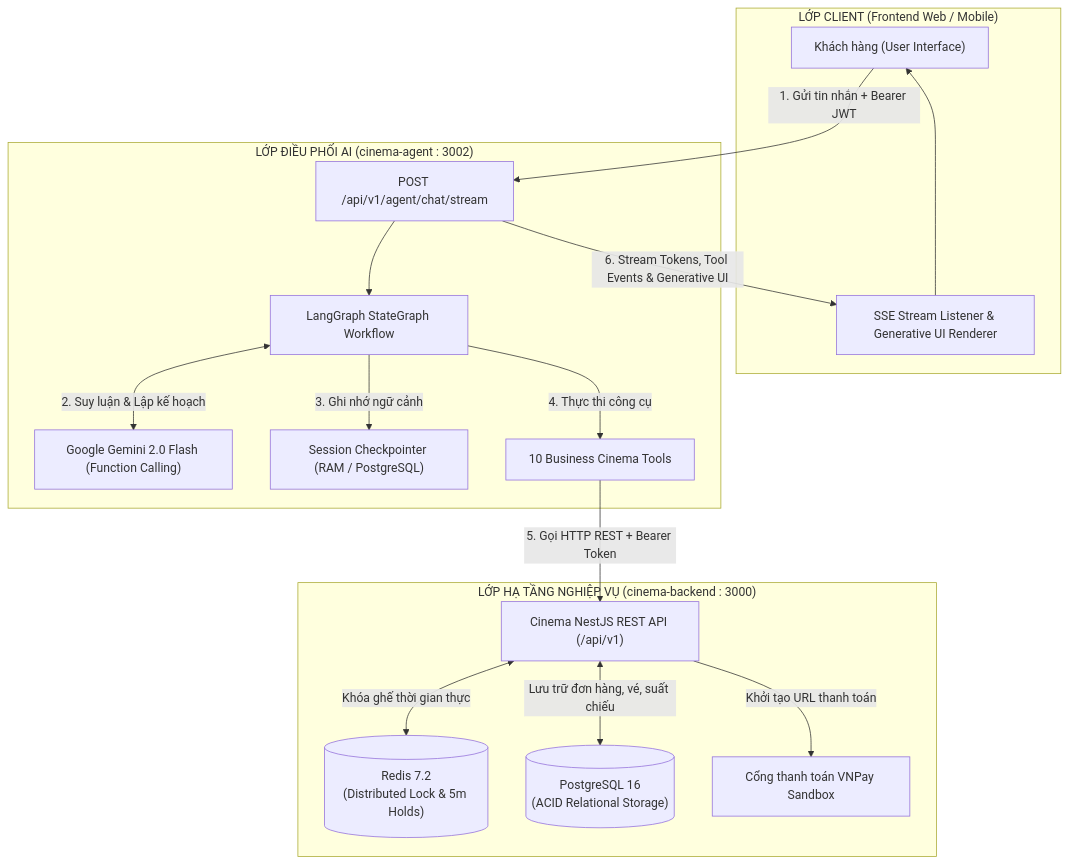
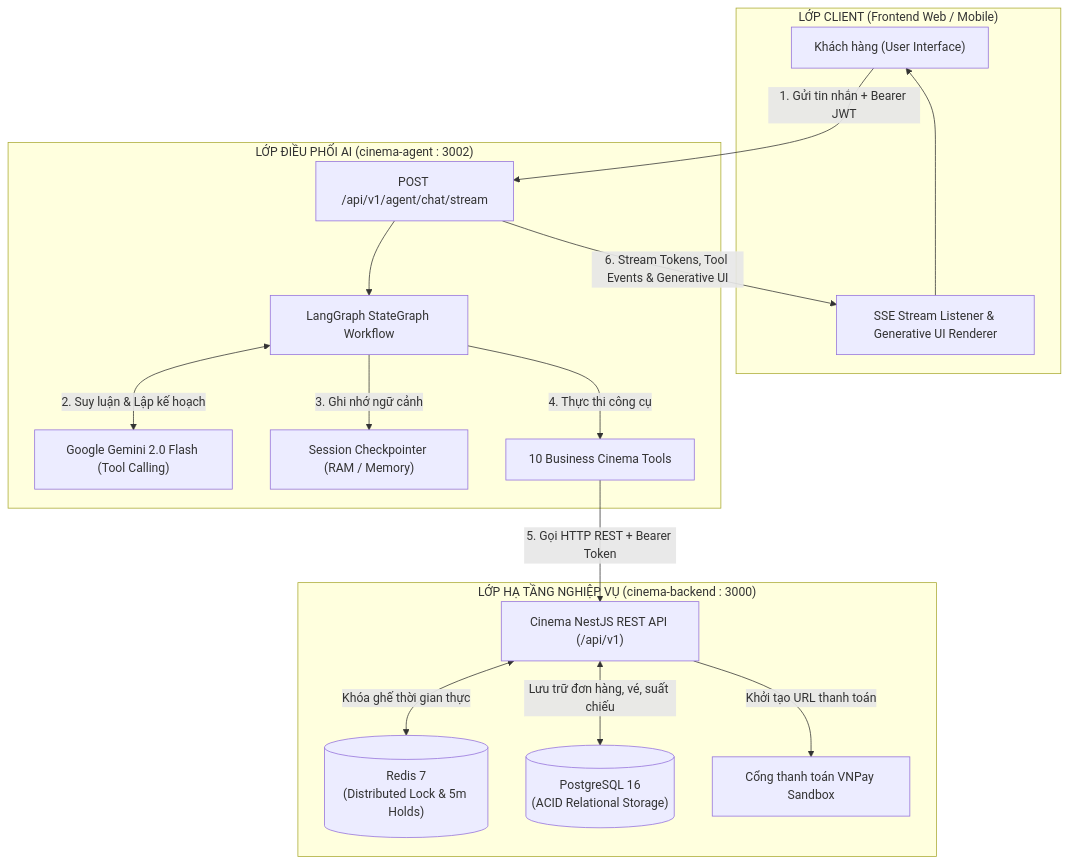
One commit to GiaBaoIT27/cinema-booking-agent changed the diagram in apps/cinema-agent/README.md. Above: the diagram before and after it, drawn with Mermaid. The commit also changed other lines of this file and 13 other files, not shown here.

````diff
--- a/apps/cinema-agent/README.md
+++ b/apps/cinema-agent/README.md
@@ -28,34 +33,34 @@
 ```mermaid
 flowchart TD
     subgraph ClientLayer["LỚP CLIENT (Frontend Web / Mobile)"]
         UI["Khách hàng (User Interface)"]
         SSE_Recv["SSE Stream Listener & Generative UI Renderer"]
     end
 
     subgraph AgentLayer["LỚP ĐIỀU PHỐI AI (cinema-agent : 3002)"]
         EP["POST /api/v1/agent/chat/stream"]
         GRAPH["LangGraph StateGraph Workflow"]
-        GEMINI["Google Gemini 2.0 Flash (Function Calling)"]
-        CHECKPOINT["Session Checkpointer (RAM / PostgreSQL)"]
+        GEMINI["Google Gemini 2.0 Flash (Tool Calling)"]
+        CHECKPOINT["Session Checkpointer (RAM / Memory)"]
         TOOLS["10 Business Cinema Tools"]
     end
 
     subgraph BackendLayer["LỚP HẠ TẦNG NGHIỆP VỤ (cinema-backend : 3000)"]
         REST["Cinema NestJS REST API (/api/v1)"]
-        REDIS[("Redis 7.2\n(Distributed Lock & 5m Holds)")]
+        REDIS[("Redis 7\n(Distributed Lock & 5m Holds)")]
         PG[("PostgreSQL 16\n(ACID Relational Storage)")]
         VNPAY["Cổng thanh toán VNPay Sandbox"]
     end
 
     UI -->|"1. Gửi tin nhắn + Bearer JWT"| EP
     EP --> GRAPH
     GRAPH <-->|"2. Suy luận & Lập kế hoạch"| GEMINI
     GRAPH -->|"3. Ghi nhớ ngữ cảnh"| CHECKPOINT
     GRAPH -->|"4. Thực thi công cụ"| TOOLS
     TOOLS -->|"5. Gọi HTTP REST + Bearer Token"| REST
     REST <-->|"Khóa ghế thời gian thực"| REDIS
     REST <-->|"Lưu trữ đơn hàng, vé, suất chiếu"| PG
     REST -->|"Khởi tạo URL thanh toán"| VNPAY
     EP -->|"6. Stream Tokens, Tool Events & Generative UI"| SSE_Recv
     SSE_Recv --> UI
 ```
````
